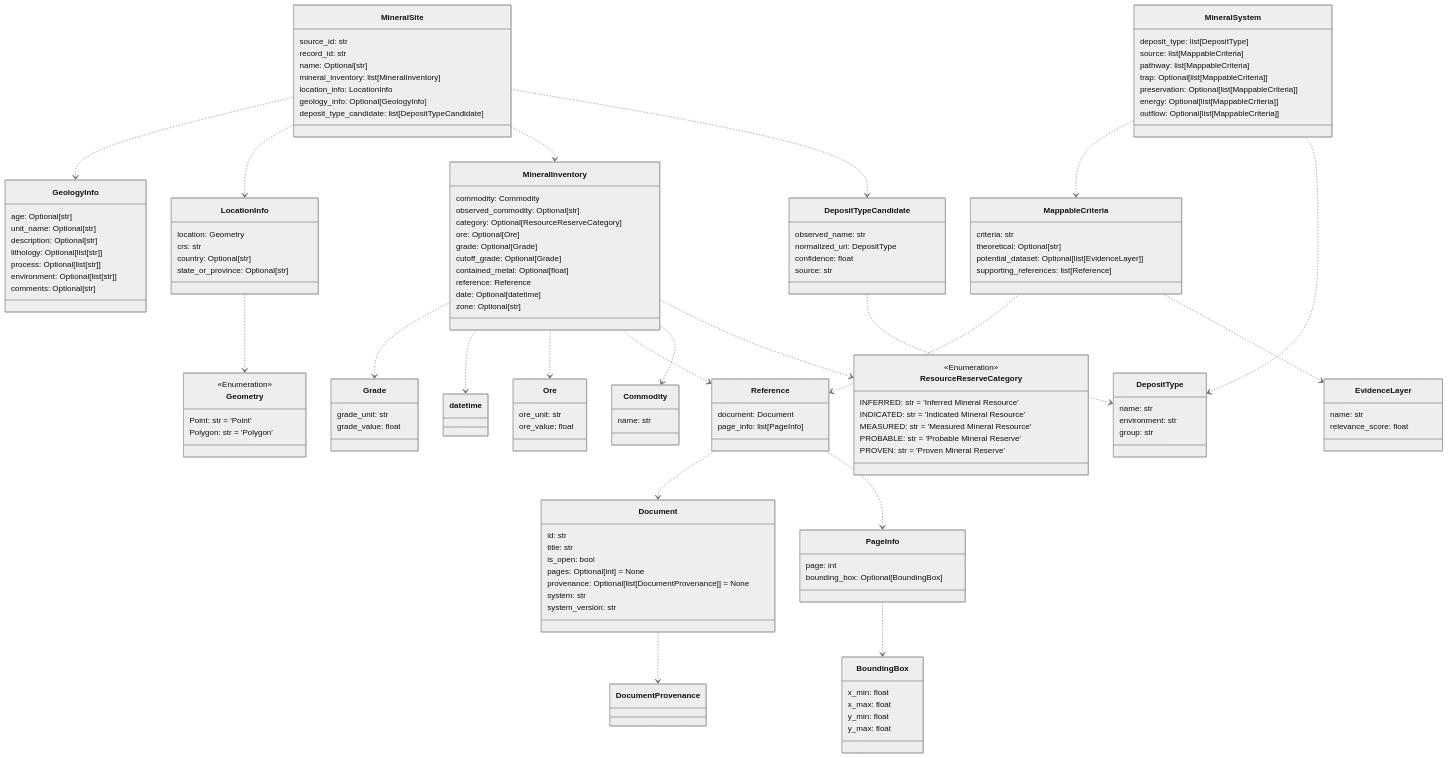
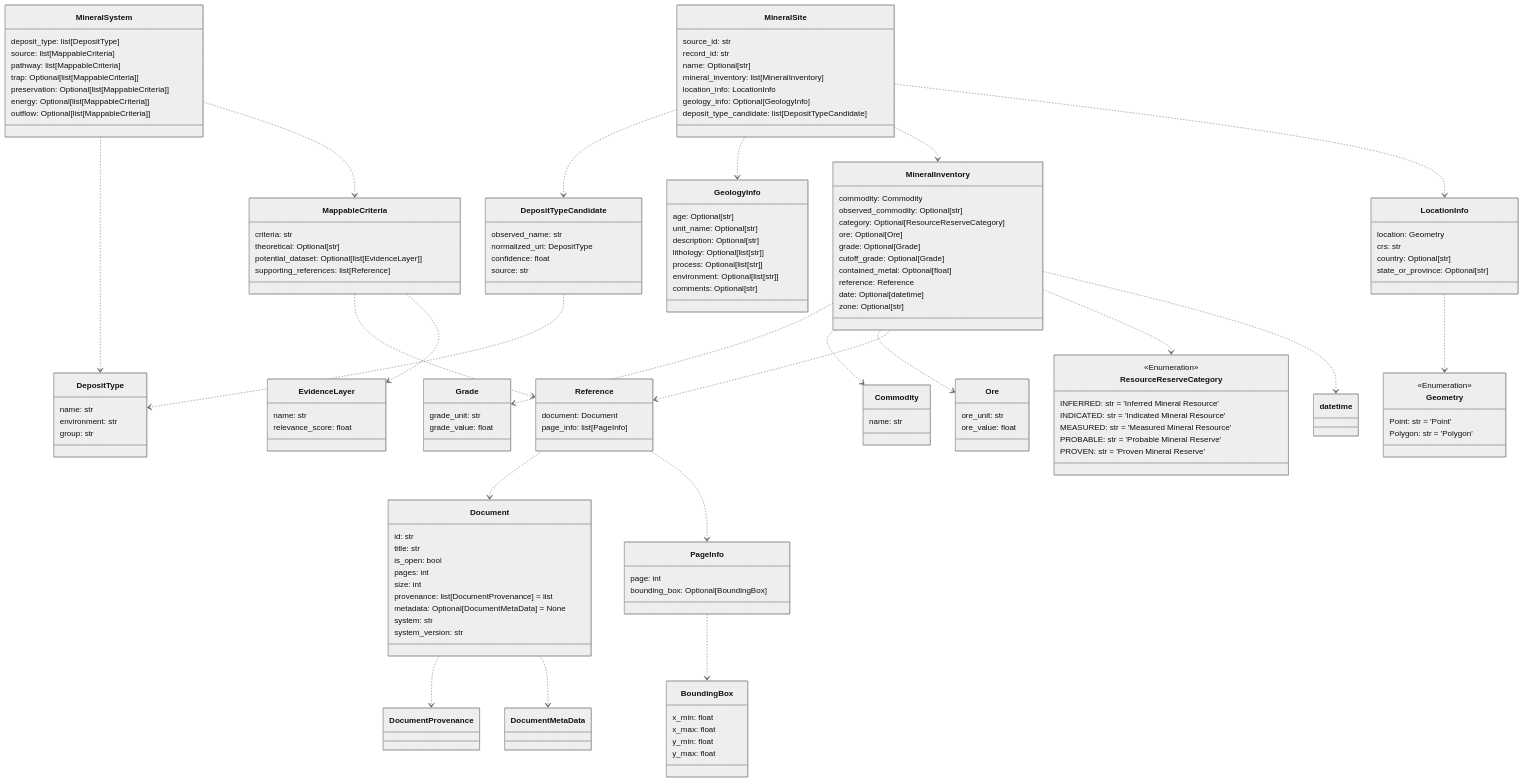
Before and after one commit to DARPA-CRITICALMAAS/cdr_schemas: the tenth of 12 diagrams in README.md, drawn with Mermaid (neutral theme). The commit also changed other lines of this file and 4 other files, not shown here.

````diff
--- a/README.md
+++ b/README.md
@@ -655,20 +695,84 @@
 ```mermaid
 classDiagram
+
+    class PageInfo {
+        page: int
+        bounding_box: Optional[BoundingBox]
+    }
+
+    class EvidenceLayer {
+        name: str
+        relevance_score: float
+    }
+
+    class Reference {
+        document: Document
+        page_info: list[PageInfo]
+    }
+
+    class MineralSystem {
+        deposit_type: list[DepositType]
+        source: list[MappableCriteria]
+        pathway: list[MappableCriteria]
+        trap: Optional[list[MappableCriteria]]
+        preservation: Optional[list[MappableCriteria]]
+        energy: Optional[list[MappableCriteria]]
+        outflow: Optional[list[MappableCriteria]]
+    }
+
+    class ResourceReserveCategory {
+        <<Enumeration>>
+        INFERRED: str = 'Inferred Mineral Resource'
+        INDICATED: str = 'Indicated Mineral Resource'
+        MEASURED: str = 'Measured Mineral Resource'
+        PROBABLE: str = 'Probable Mineral Reserve'
+        PROVEN: str = 'Proven Mineral Reserve'
+    }
+
+    class DepositTypeCandidate {
+        observed_name: str
+        normalized_uri: DepositType
+        confidence: float
+        source: str
+    }
+
+    class MappableCriteria {
+        criteria: str
+        theoretical: Optional[str]
+        potential_dataset: Optional[list[EvidenceLayer]]
+        supporting_references: list[Reference]
+    }
 
     class Ore {
         ore_unit: str
         ore_value: float
     }
 
-    class Geometry {
-        <<Enumeration>>
-        Point: str = 'Point'
-        Polygon: str = 'Polygon'
+    class MineralSite {
+        source_id: str
+        record_id: str
+        name: Optional[str]
+        mineral_inventory: list[MineralInventory]
+        location_info: LocationInfo
+        geology_info: Optional[GeologyInfo]
+        deposit_type_candidate: list[DepositTypeCandidate]
     }
 
-    class PageInfo {
-        page: int
-        bounding_box: Optional[BoundingBox]
+    class Grade {
+        grade_unit: str
+        grade_value: float
+    }
+
+    class Document {
+        id: str
+        title: str
+        is_open: bool
+        pages: int
+        size: int
+        provenance: list[DocumentProvenance] = list
+        metadata: Optional[DocumentMetaData] = None
+        system: str
+        system_version: str
     }
 
     class GeologyInfo {
@@ -679,11 +783,6 @@
         process: Optional[list[str]]
         environment: Optional[list[str]]
         comments: Optional[str]
-    }
-
-    class Reference {
-        document: Document
-        page_info: list[PageInfo]
     }
 
     class MineralInventory {
@@ -699,31 +798,21 @@
         zone: Optional[str]
     }
 
-    class DepositTypeCandidate {
-        observed_name: str
-        normalized_uri: DepositType
-        confidence: float
-        source: str
+    class DepositType {
+        name: str
+        environment: str
+        group: str
+    }
+
+    class LocationInfo {
+        location: Geometry
+        crs: str
+        country: Optional[str]
+        state_or_province: Optional[str]
     }
 
     class Commodity {
         name: str
-    }
-
-    class Document {
-        id: str
-        title: str
-        is_open: bool
-        pages: Optional[int] = None
-        provenance: Optional[list[DocumentProvenance]] = None
-        system: str
-        system_version: str
-    }
-
-    class DepositType {
-        name: str
-        environment: str
-        group: str
     }
 
     class BoundingBox {
@@ -733,78 +822,32 @@
         y_max: float
     }
 
-    class Grade {
-        grade_unit: str
-        grade_value: float
+    class Geometry {
+        <<Enumeration>>
+        Point: str = 'Point'
+        Polygon: str = 'Polygon'
     }
 
-    class MineralSite {
-        source_id: str
-        record_id: str
-        name: Optional[str]
-        mineral_inventory: list[MineralInventory]
-        location_info: LocationInfo
-        geology_info: Optional[GeologyInfo]
-        deposit_type_candidate: list[DepositTypeCandidate]
-    }
-
-    class LocationInfo {
-        location: Geometry
-        crs: str
-        country: Optional[str]
-        state_or_province: Optional[str]
-    }
-
-    class MineralSystem {
-        deposit_type: list[DepositType]
-        source: list[MappableCriteria]
-        pathway: list[MappableCriteria]
-        trap: Optional[list[MappableCriteria]]
-        preservation: Optional[list[MappableCriteria]]
-        energy: Optional[list[MappableCriteria]]
-        outflow: Optional[list[MappableCriteria]]
-    }
-
-    class MappableCriteria {
-        criteria: str
-        theoretical: Optional[str]
-        potential_dataset: Optional[list[EvidenceLayer]]
-        supporting_references: list[Reference]
-    }
-
-    class ResourceReserveCategory {
-        <<Enumeration>>
-        INFERRED: str = 'Inferred Mineral Resource'
-        INDICATED: str = 'Indicated Mineral Resource'
-        MEASURED: str = 'Measured Mineral Resource'
-        PROBABLE: str = 'Probable Mineral Reserve'
-        PROVEN: str = 'Proven Mineral Reserve'
-    }
-
-    class EvidenceLayer {
-        name: str
-        relevance_score: float
-    }
-
+    Document ..> DocumentMetaData
     Document ..> DocumentProvenance
     DepositTypeCandidate ..> DepositType
     PageInfo ..> BoundingBox
+    Reference ..> PageInfo
     Reference ..> Document
-    Reference ..> PageInfo
+    MappableCriteria ..> EvidenceLayer
     MappableCriteria ..> Reference
-    MappableCriteria ..> EvidenceLayer
     MineralSystem ..> MappableCriteria
     MineralSystem ..> DepositType
+    MineralInventory ..> datetime
+    MineralInventory ..> ResourceReserveCategory
+    MineralInventory ..> Reference
+    MineralInventory ..> Ore
+    MineralInventory ..> Commodity
     MineralInventory ..> Grade
-    MineralInventory ..> datetime
-    MineralInventory ..> Ore
-    MineralInventory ..> Reference
-    MineralInventory ..> Commodity
-    MineralInventory ..> ResourceReserveCategory
     LocationInfo ..> Geometry
-    MineralSite ..> GeologyInfo
     MineralSite ..> LocationInfo
     MineralSite ..> MineralInventory
+    MineralSite ..> GeologyInfo
     MineralSite ..> DepositTypeCandidate
 
 
````
